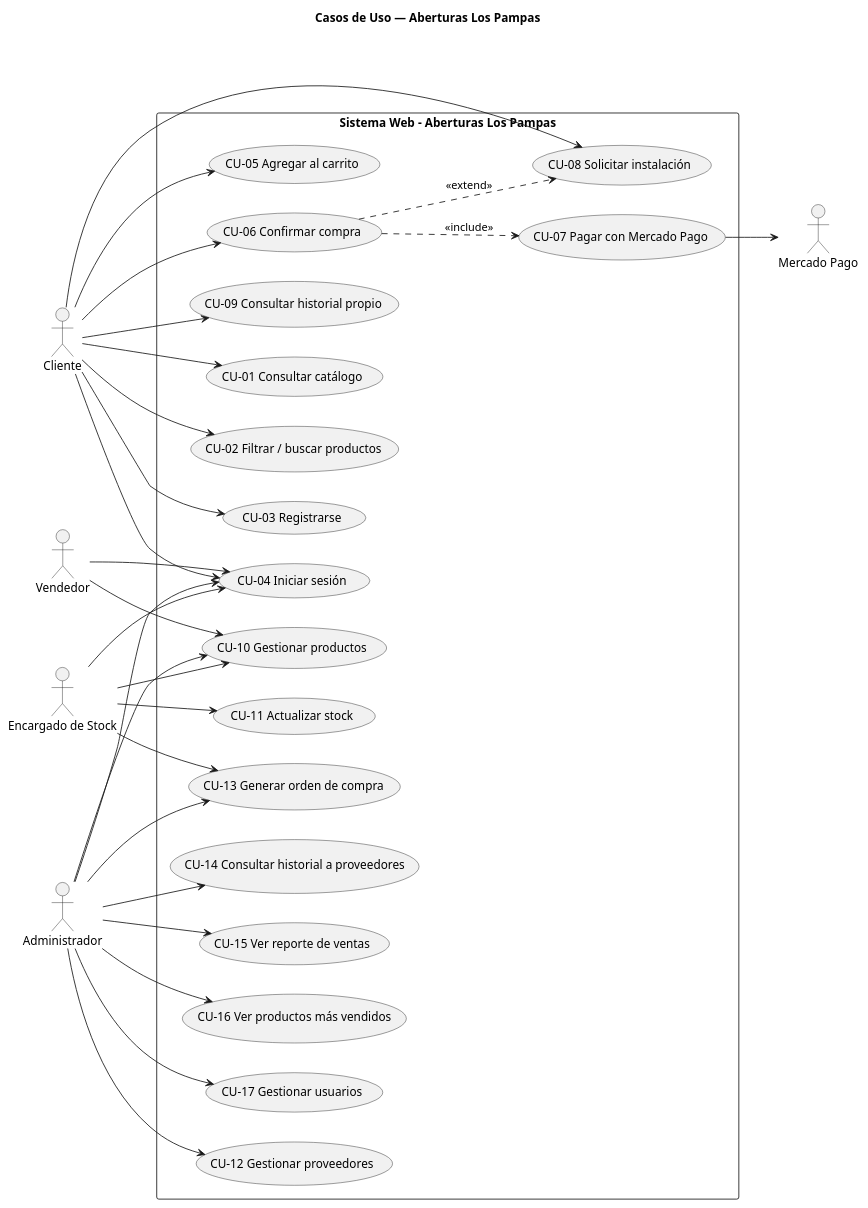
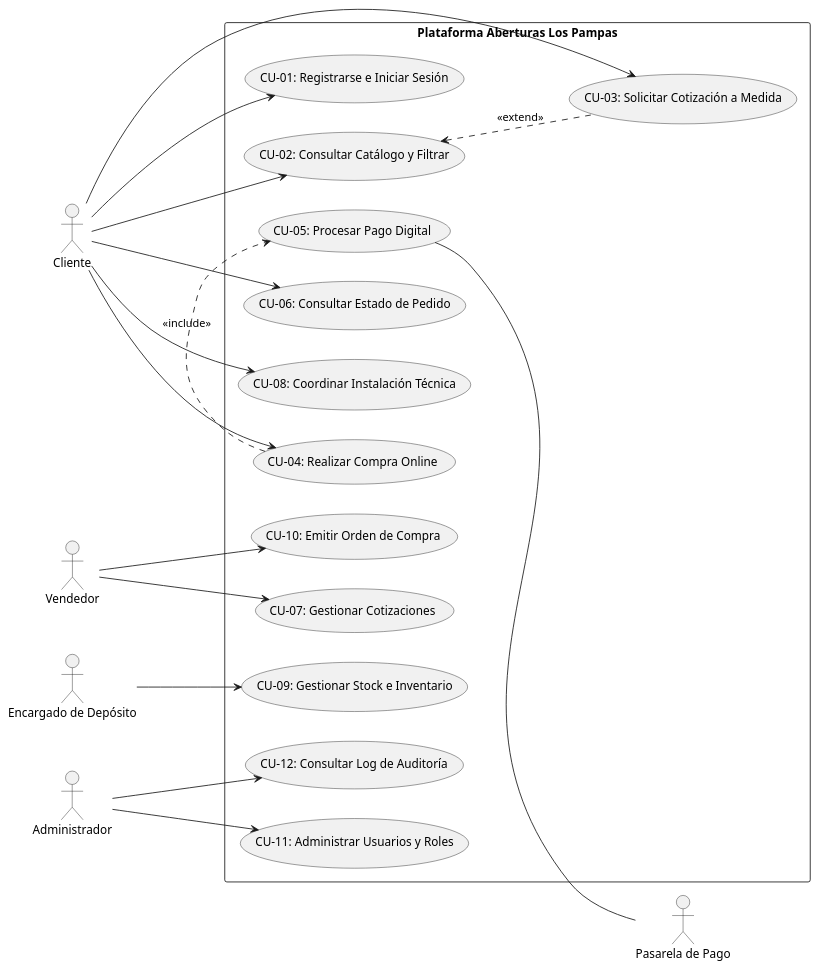
Before and after one commit to ScagliaUriel/desarrollo-web-aberturas-los-pampas: the diagram in diagramas/casos-de-uso.puml, drawn with PlantUML.

Commit message:
Actualización del diagrama de casos de uso: reestructuración de actores y casos de uso, mejorando la claridad y alineación con el sistema actual.

```diff
--- a/diagramas/casos-de-uso.puml
+++ b/diagramas/casos-de-uso.puml
@@ -1,63 +1,42 @@
-@startuml casos-de-uso
-
-title Casos de Uso — Aberturas Los Pampas
-
+@startuml
 left to right direction
 skinparam packageStyle rectangle
 
-actor Cliente
-actor Vendedor
-actor "Encargado de Stock" as Stock
-actor Administrador
-actor "Mercado Pago" as MP
+actor "Cliente" as cli
+actor "Vendedor" as ven
+actor "Encargado de Depósito" as dep
+actor "Administrador" as admin
+actor "Pasarela de Pago" as pas
 
-rectangle "Sistema Web - Aberturas Los Pampas" {
-  usecase "CU-01 Consultar catálogo" as CU01
-  usecase "CU-02 Filtrar / buscar productos" as CU02
-  usecase "CU-03 Registrarse" as CU03
-  usecase "CU-04 Iniciar sesión" as CU04
-  usecase "CU-05 Agregar al carrito" as CU05
-  usecase "CU-06 Confirmar compra" as CU06
-  usecase "CU-07 Pagar con Mercado Pago" as CU07
-  usecase "CU-08 Solicitar instalación" as CU08
-  usecase "CU-09 Consultar historial propio" as CU09
-  usecase "CU-10 Gestionar productos" as CU10
-  usecase "CU-11 Actualizar stock" as CU11
-  usecase "CU-12 Gestionar proveedores" as CU12
-  usecase "CU-13 Generar orden de compra" as CU13
-  usecase "CU-14 Consultar historial a proveedores" as CU14
-  usecase "CU-15 Ver reporte de ventas" as CU15
-  usecase "CU-16 Ver productos más vendidos" as CU16
-  usecase "CU-17 Gestionar usuarios" as CU17
+rectangle "Plataforma Aberturas Los Pampas" {
+  usecase "CU-01: Registrarse e Iniciar Sesión" as CU1
+  usecase "CU-02: Consultar Catálogo y Filtrar" as CU2
+  usecase "CU-03: Solicitar Cotización a Medida" as CU3
+  usecase "CU-04: Realizar Compra Online" as CU4
+  usecase "CU-05: Procesar Pago Digital" as CU5
+  usecase "CU-06: Consultar Estado de Pedido" as CU6
+  usecase "CU-07: Gestionar Cotizaciones" as CU7
+  usecase "CU-08: Coordinar Instalación Técnica" as CU8
+  usecase "CU-09: Gestionar Stock e Inventario" as CU9
+  usecase "CU-10: Emitir Orden de Compra" as CU10
+  usecase "CU-11: Administrar Usuarios y Roles" as CU11
+  usecase "CU-12: Consultar Log de Auditoría" as CU12
 }
 
-Cliente --> CU01
-Cliente --> CU02
-Cliente --> CU03
-Cliente --> CU04
-Cliente --> CU05
-Cliente --> CU06
-Cliente --> CU08
-Cliente --> CU09
+cli --> CU1
+cli --> CU2
+cli --> CU3
+cli --> CU4
+cli --> CU6
+cli --> CU8
 
-CU06 ..> CU07 : <<include>>
-CU06 ..> CU08 : <<extend>>
-CU07 --> MP
+CU4 .> CU5 : <<include>>
+CU2 <.. CU3 : <<extend>>
 
-Vendedor --> CU04
-Vendedor --> CU10
-Stock --> CU04
-Stock --> CU10
-Stock --> CU11
-Stock --> CU13
-
-Administrador --> CU04
-Administrador --> CU10
-Administrador --> CU12
-Administrador --> CU13
-Administrador --> CU14
-Administrador --> CU15
-Administrador --> CU16
-Administrador --> CU17
-
+CU5 -- pas
+ven --> CU7
+ven --> CU10
+dep --> CU9
+admin --> CU11
+admin --> CU12
 @enduml
```
